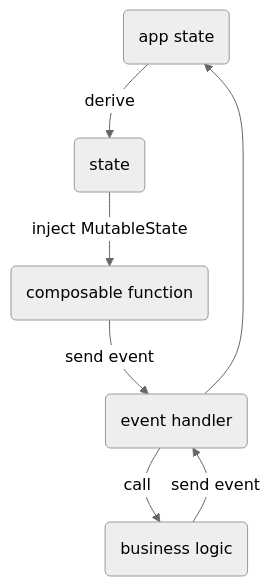
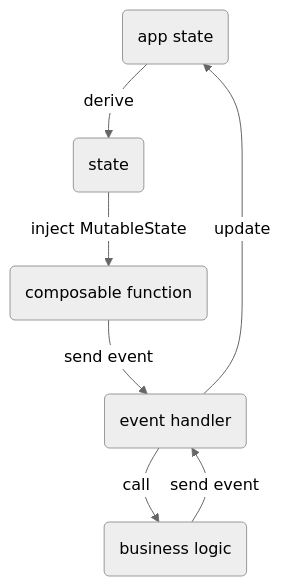
Before and after one commit to pmpuro/tila: the diagram in README.md, drawn with Mermaid (neutral theme).

Commit message:
Name the arrow in the picture

````diff
--- a/README.md
+++ b/README.md
@@ -7,10 +7,10 @@
 ```mermaid
 flowchart TD
 ;
     C(app state) -->|derive| D(state)
     A(composable function) -->|send event| B(event handler)
     D -->|inject MutableState| A
     B -->|call| E(business logic)
     E -->|send event| B
-    B --> C
+    B -->|update| C
 ```
````
